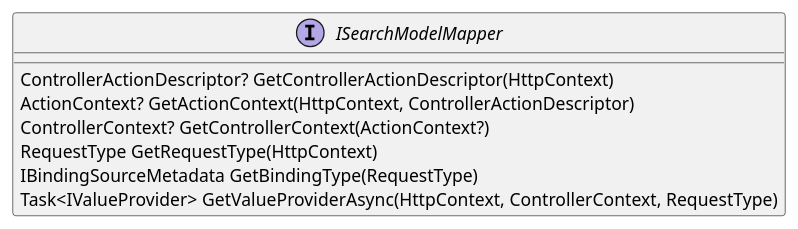
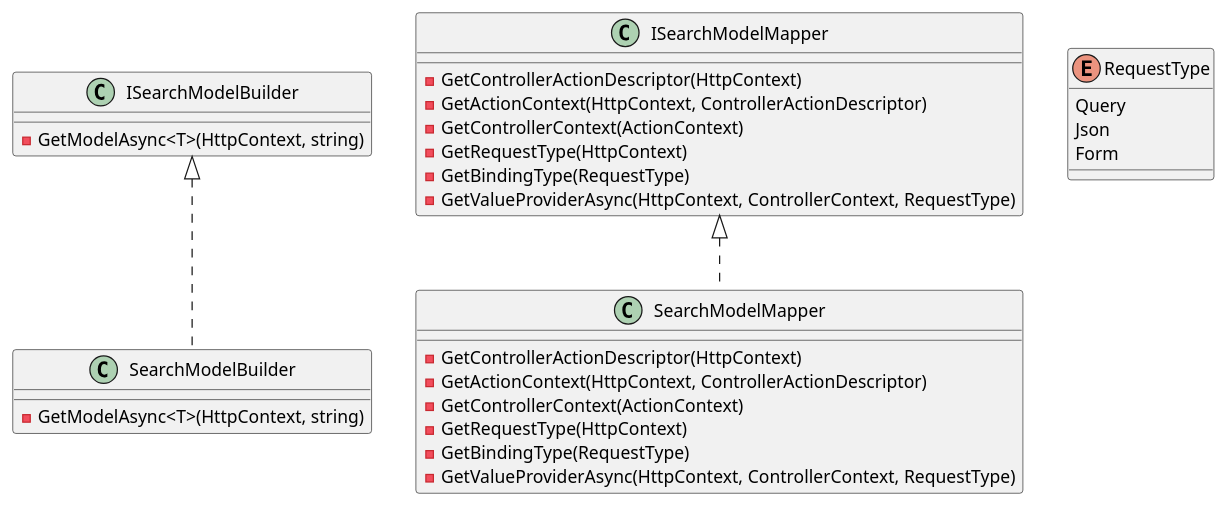
Before and after one commit to mwwhited-forks/dotnet-libs: the diagram in docs/generated/Framework/Eliassen.AspNetCore.Mvc/Providers/SearchQuery/Documentation.md, drawn with PlantUML. The commit also changed other lines of this file and 444 other files, not shown here.

````diff
--- a/docs/generated/Framework/Eliassen.AspNetCore.Mvc/Providers/SearchQuery/Documentation.md
+++ b/docs/generated/Framework/Eliassen.AspNetCore.Mvc/Providers/SearchQuery/Documentation.md
@@ -86,13 +66,36 @@
 ```plantuml
 @startuml
-interface ISearchModelMapper {
-  ControllerActionDescriptor? GetControllerActionDescriptor(HttpContext)
-  ActionContext? GetActionContext(HttpContext, ControllerActionDescriptor)
-  ControllerContext? GetControllerContext(ActionContext?)
-  RequestType GetRequestType(HttpContext)
-  IBindingSourceMetadata GetBindingType(RequestType)
-  Task<IValueProvider> GetValueProviderAsync(HttpContext, ControllerContext, RequestType)
+class ISearchModelBuilder {
+  - GetModelAsync<T>(HttpContext, string)
+}
+
+class SearchModelBuilder implements ISearchModelBuilder {
+  - GetModelAsync<T>(HttpContext, string)
+}
+
+class ISearchModelMapper {
+  - GetControllerActionDescriptor(HttpContext)
+  - GetActionContext(HttpContext, ControllerActionDescriptor)
+  - GetControllerContext(ActionContext)
+  - GetRequestType(HttpContext)
+  - GetBindingType(RequestType)
+  - GetValueProviderAsync(HttpContext, ControllerContext, RequestType)
+}
+
+class SearchModelMapper implements ISearchModelMapper {
+  - GetControllerActionDescriptor(HttpContext)
+  - GetActionContext(HttpContext, ControllerActionDescriptor)
+  - GetControllerContext(ActionContext)
+  - GetRequestType(HttpContext)
+  - GetBindingType(RequestType)
+  - GetValueProviderAsync(HttpContext, ControllerContext, RequestType)
+}
+
+enum RequestType {
+  Query
+  Json
+  Form
 }
 
 @enduml
 ```
````
